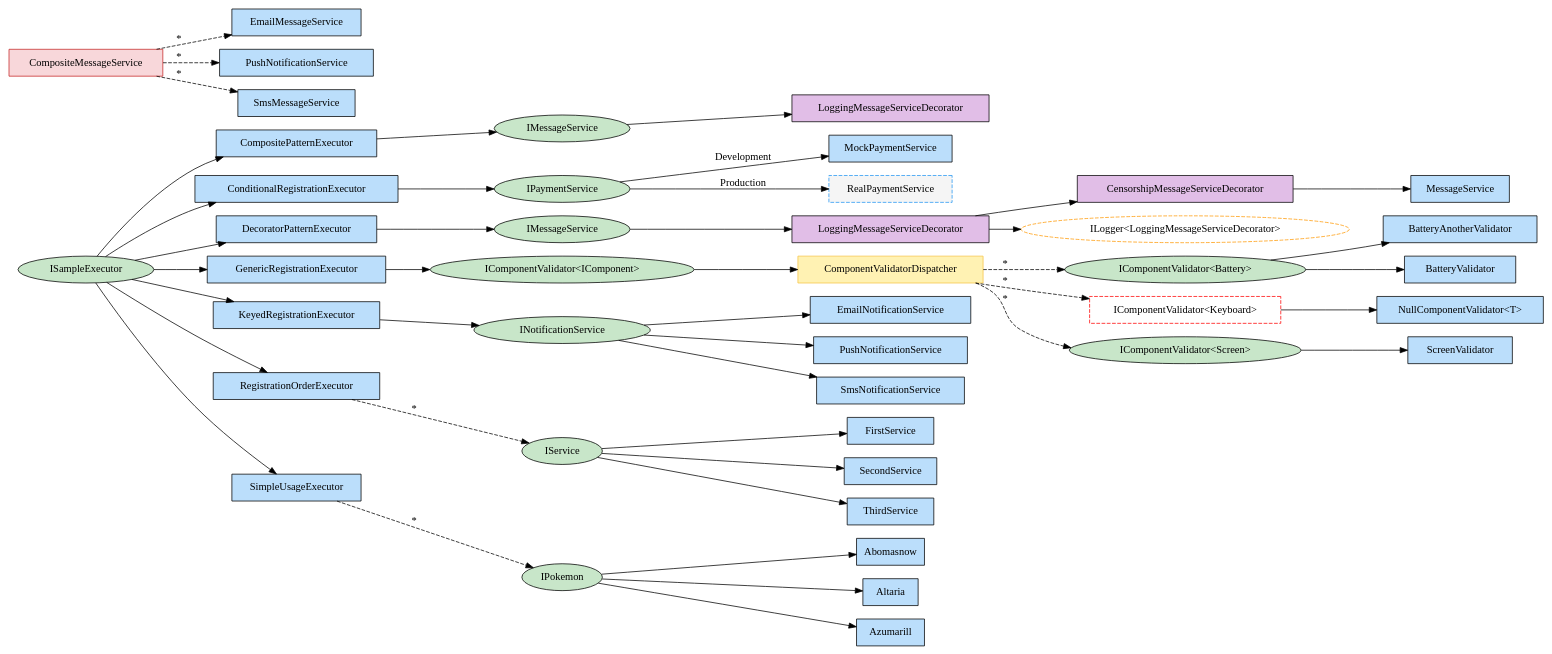
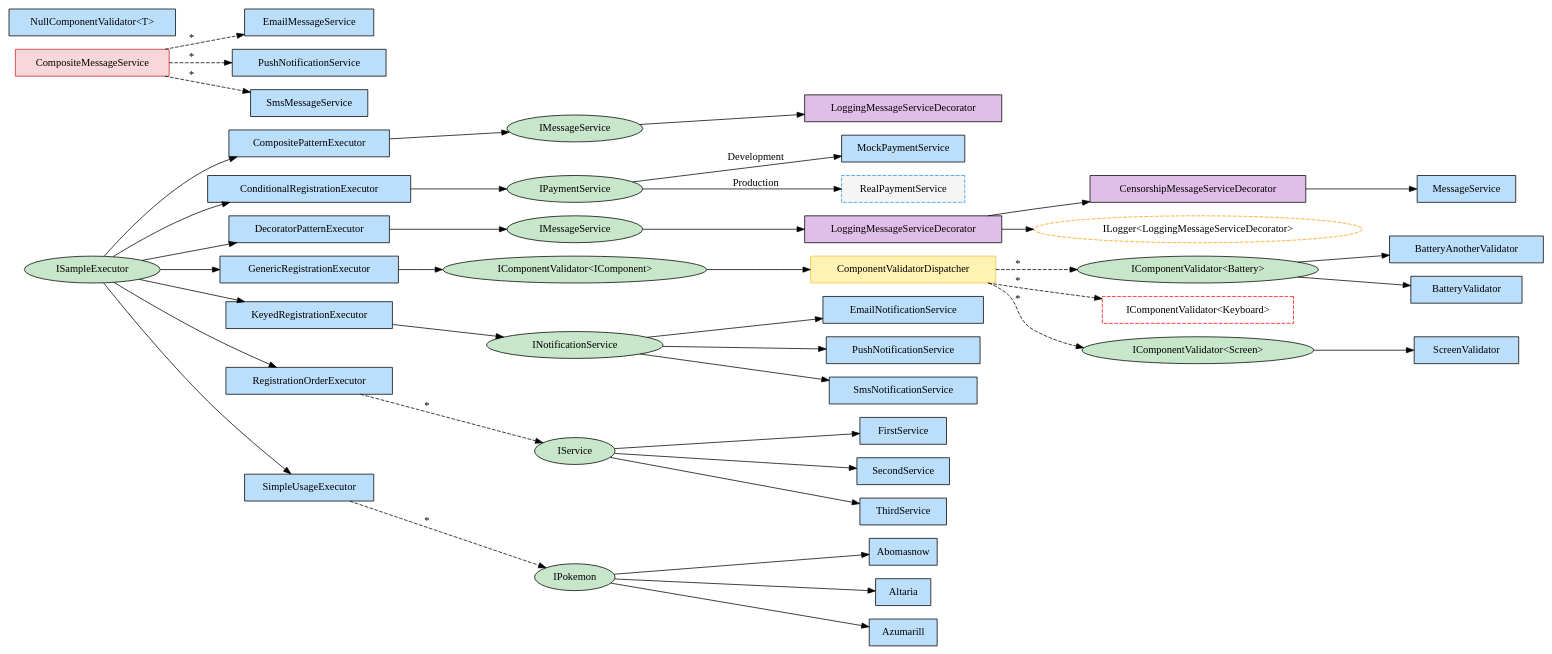
One commit to arika0093/Qudi changed the diagram in examples/Qudi.Example.Readme/exported/all.dot. Above: the diagram before and after it, drawn with Graphviz. The commit also changed 3 other files, not shown here.

```diff
--- a/examples/Qudi.Example.Readme/exported/all.dot
+++ b/examples/Qudi.Example.Readme/exported/all.dot
@@ -1,88 +1,87 @@
 digraph Qudi {
   rankdir=LR;
 node [shape=box, fontname="Consolas"];
   "Qudi.Examples.SimpleUsage.Abomasnow" [label="Abomasnow", shape=box, style=filled, fillcolor="#bbdefb"];
   "Qudi.Examples.SimpleUsage.Altaria" [label="Altaria", shape=box, style=filled, fillcolor="#bbdefb"];
   "Qudi.Examples.SimpleUsage.Azumarill" [label="Azumarill", shape=box, style=filled, fillcolor="#bbdefb"];
   "Qudi.Examples.GenericRegistration.BatteryAnotherValidator" [label="BatteryAnotherValidator", shape=box, style=filled, fillcolor="#bbdefb"];
   "Qudi.Examples.GenericRegistration.BatteryValidator" [label="BatteryValidator", shape=box, style=filled, fillcolor="#bbdefb"];
   "Qudi.Examples.DecoratorPattern.CensorshipMessageServiceDecorator" [label="CensorshipMessageServiceDecorator", shape=box, style=filled, fillcolor="#e1bee7"];
   "Qudi.Examples.GenericRegistration.ComponentValidatorDispatcher" [label="ComponentValidatorDispatcher", shape=box, style=filled, fillcolor="#fff2b3", color="#f6c445"];
   "Qudi.Examples.CompositePattern.CompositeMessageService" [label="CompositeMessageService", shape=box, style=filled, fillcolor="#f8d7da", color="#c62828"];
   "Qudi.Examples.CompositePattern.CompositePatternExecutor" [label="CompositePatternExecutor", shape=box, style=filled, fillcolor="#bbdefb"];
   "Qudi.Examples.ConditionalRegistration.ConditionalRegistrationExecutor" [label="ConditionalRegistrationExecutor", shape=box, style=filled, fillcolor="#bbdefb"];
   "Qudi.Examples.DecoratorPattern.DecoratorPatternExecutor" [label="DecoratorPatternExecutor", shape=box, style=filled, fillcolor="#bbdefb"];
   "Qudi.Examples.CompositePattern.EmailMessageService" [label="EmailMessageService", shape=box, style=filled, fillcolor="#bbdefb"];
   "Qudi.Examples.KeyedRegistration.EmailNotificationService" [label="EmailNotificationService", shape=box, style=filled, fillcolor="#bbdefb"];
   "Qudi.Examples.RegistrationOrder.FirstService" [label="FirstService", shape=box, style=filled, fillcolor="#bbdefb"];
   "Qudi.Examples.GenericRegistration.GenericRegistrationExecutor" [label="GenericRegistrationExecutor", shape=box, style=filled, fillcolor="#bbdefb"];
   "Qudi.Examples.GenericRegistration.IComponentValidator<Qudi.Examples.GenericRegistration.Battery>" [label="IComponentValidator<Battery>", shape=ellipse, style=filled, fillcolor="#c8e6c9"];
   "Qudi.Examples.GenericRegistration.IComponentValidator<Qudi.Examples.GenericRegistration.IComponent>" [label="IComponentValidator<IComponent>", shape=ellipse, style=filled, fillcolor="#c8e6c9"];
   "Qudi.Examples.GenericRegistration.IComponentValidator<Qudi.Examples.GenericRegistration.Keyboard>" [label="IComponentValidator<Keyboard>", shape=box, style=dashed, color=red];
   "Qudi.Examples.GenericRegistration.IComponentValidator<Qudi.Examples.GenericRegistration.Screen>" [label="IComponentValidator<Screen>", shape=ellipse, style=filled, fillcolor="#c8e6c9"];
   "Microsoft.Extensions.Logging.ILogger<Qudi.Examples.DecoratorPattern.LoggingMessageServiceDecorator>" [label="ILogger<LoggingMessageServiceDecorator>", shape=ellipse, style=dashed, fillcolor="#ffe0b2", color="#ff9800"];
   "Qudi.Examples.CompositePattern.IMessageService" [label="IMessageService", shape=ellipse, style=filled, fillcolor="#c8e6c9"];
   "Qudi.Examples.DecoratorPattern.IMessageService" [label="IMessageService", shape=ellipse, style=filled, fillcolor="#c8e6c9"];
   "Qudi.Examples.KeyedRegistration.INotificationService" [label="INotificationService", shape=ellipse, style=filled, fillcolor="#c8e6c9"];
   "Qudi.Examples.ConditionalRegistration.IPaymentService" [label="IPaymentService", shape=ellipse, style=filled, fillcolor="#c8e6c9"];
   "Qudi.Examples.SimpleUsage.IPokemon" [label="IPokemon", shape=ellipse, style=filled, fillcolor="#c8e6c9"];
   "Qudi.Examples.ISampleExecutor" [label="ISampleExecutor", shape=ellipse, style=filled, fillcolor="#c8e6c9"];
   "Qudi.Examples.RegistrationOrder.IService" [label="IService", shape=ellipse, style=filled, fillcolor="#c8e6c9"];
   "Qudi.Examples.KeyedRegistration.KeyedRegistrationExecutor" [label="KeyedRegistrationExecutor", shape=box, style=filled, fillcolor="#bbdefb"];
   "Qudi.Examples.CompositePattern.LoggingMessageServiceDecorator" [label="LoggingMessageServiceDecorator", shape=box, style=filled, fillcolor="#e1bee7"];
   "Qudi.Examples.DecoratorPattern.LoggingMessageServiceDecorator" [label="LoggingMessageServiceDecorator", shape=box, style=filled, fillcolor="#e1bee7"];
   "Qudi.Examples.DecoratorPattern.MessageService" [label="MessageService", shape=box, style=filled, fillcolor="#bbdefb"];
   "Qudi.Examples.ConditionalRegistration.MockPaymentService" [label="MockPaymentService", shape=box, style=filled, fillcolor="#bbdefb"];
   "Qudi.Examples.GenericRegistration.NullComponentValidator<T>" [label="NullComponentValidator<T>", shape=box, style=filled, fillcolor="#bbdefb"];
   "Qudi.Examples.CompositePattern.PushNotificationService" [label="PushNotificationService", shape=box, style=filled, fillcolor="#bbdefb"];
   "Qudi.Examples.KeyedRegistration.PushNotificationService" [label="PushNotificationService", shape=box, style=filled, fillcolor="#bbdefb"];
   "Qudi.Examples.ConditionalRegistration.RealPaymentService" [label="RealPaymentService", shape=box, style="filled,dashed", fillcolor="#f5f5f5", color="#2196f3"];
   "Qudi.Examples.RegistrationOrder.RegistrationOrderExecutor" [label="RegistrationOrderExecutor", shape=box, style=filled, fillcolor="#bbdefb"];
   "Qudi.Examples.GenericRegistration.ScreenValidator" [label="ScreenValidator", shape=box, style=filled, fillcolor="#bbdefb"];
   "Qudi.Examples.RegistrationOrder.SecondService" [label="SecondService", shape=box, style=filled, fillcolor="#bbdefb"];
   "Qudi.Examples.SimpleUsage.SimpleUsageExecutor" [label="SimpleUsageExecutor", shape=box, style=filled, fillcolor="#bbdefb"];
   "Qudi.Examples.CompositePattern.SmsMessageService" [label="SmsMessageService", shape=box, style=filled, fillcolor="#bbdefb"];
   "Qudi.Examples.KeyedRegistration.SmsNotificationService" [label="SmsNotificationService", shape=box, style=filled, fillcolor="#bbdefb"];
   "Qudi.Examples.RegistrationOrder.ThirdService" [label="ThirdService", shape=box, style=filled, fillcolor="#bbdefb"];
   "Qudi.Examples.SimpleUsage.IPokemon" -> "Qudi.Examples.SimpleUsage.Altaria";
   "Qudi.Examples.ISampleExecutor" -> "Qudi.Examples.CompositePattern.CompositePatternExecutor";
   "Qudi.Examples.CompositePattern.CompositePatternExecutor" -> "Qudi.Examples.CompositePattern.IMessageService";
   "Qudi.Examples.ConditionalRegistration.IPaymentService" -> "Qudi.Examples.ConditionalRegistration.MockPaymentService" [label="Development"];
   "Qudi.Examples.ConditionalRegistration.IPaymentService" -> "Qudi.Examples.ConditionalRegistration.RealPaymentService" [label="Production"];
   "Qudi.Examples.ISampleExecutor" -> "Qudi.Examples.ConditionalRegistration.ConditionalRegistrationExecutor";
   "Qudi.Examples.ConditionalRegistration.ConditionalRegistrationExecutor" -> "Qudi.Examples.ConditionalRegistration.IPaymentService";
   "Qudi.Examples.ISampleExecutor" -> "Qudi.Examples.DecoratorPattern.DecoratorPatternExecutor";
   "Qudi.Examples.DecoratorPattern.DecoratorPatternExecutor" -> "Qudi.Examples.DecoratorPattern.IMessageService";
   "Qudi.Examples.GenericRegistration.IComponentValidator<Qudi.Examples.GenericRegistration.Battery>" -> "Qudi.Examples.GenericRegistration.BatteryValidator";
   "Qudi.Examples.GenericRegistration.IComponentValidator<Qudi.Examples.GenericRegistration.Battery>" -> "Qudi.Examples.GenericRegistration.BatteryAnotherValidator";
   "Qudi.Examples.GenericRegistration.IComponentValidator<Qudi.Examples.GenericRegistration.Screen>" -> "Qudi.Examples.GenericRegistration.ScreenValidator";
   "Qudi.Examples.ISampleExecutor" -> "Qudi.Examples.GenericRegistration.GenericRegistrationExecutor";
   "Qudi.Examples.GenericRegistration.GenericRegistrationExecutor" -> "Qudi.Examples.GenericRegistration.IComponentValidator<Qudi.Examples.GenericRegistration.IComponent>";
   "Qudi.Examples.KeyedRegistration.INotificationService" -> "Qudi.Examples.KeyedRegistration.EmailNotificationService";
   "Qudi.Examples.KeyedRegistration.INotificationService" -> "Qudi.Examples.KeyedRegistration.SmsNotificationService";
   "Qudi.Examples.KeyedRegistration.INotificationService" -> "Qudi.Examples.KeyedRegistration.PushNotificationService";
   "Qudi.Examples.ISampleExecutor" -> "Qudi.Examples.KeyedRegistration.KeyedRegistrationExecutor";
   "Qudi.Examples.KeyedRegistration.KeyedRegistrationExecutor" -> "Qudi.Examples.KeyedRegistration.INotificationService";
   "Qudi.Examples.RegistrationOrder.IService" -> "Qudi.Examples.RegistrationOrder.FirstService";
   "Qudi.Examples.RegistrationOrder.IService" -> "Qudi.Examples.RegistrationOrder.SecondService";
   "Qudi.Examples.RegistrationOrder.IService" -> "Qudi.Examples.RegistrationOrder.ThirdService";
   "Qudi.Examples.ISampleExecutor" -> "Qudi.Examples.RegistrationOrder.RegistrationOrderExecutor";
   "Qudi.Examples.RegistrationOrder.RegistrationOrderExecutor" -> "Qudi.Examples.RegistrationOrder.IService" [label="*", style=dashed];
   "Qudi.Examples.SimpleUsage.IPokemon" -> "Qudi.Examples.SimpleUsage.Abomasnow";
   "Qudi.Examples.ISampleExecutor" -> "Qudi.Examples.SimpleUsage.SimpleUsageExecutor";
   "Qudi.Examples.SimpleUsage.SimpleUsageExecutor" -> "Qudi.Examples.SimpleUsage.IPokemon" [label="*", style=dashed];
   "Qudi.Examples.SimpleUsage.IPokemon" -> "Qudi.Examples.SimpleUsage.Azumarill";
   "Qudi.Examples.CompositePattern.IMessageService" -> "Qudi.Examples.CompositePattern.LoggingMessageServiceDecorator";
   "Qudi.Examples.DecoratorPattern.IMessageService" -> "Qudi.Examples.DecoratorPattern.LoggingMessageServiceDecorator";
   "Qudi.Examples.DecoratorPattern.LoggingMessageServiceDecorator" -> "Qudi.Examples.DecoratorPattern.CensorshipMessageServiceDecorator";
   "Qudi.Examples.DecoratorPattern.LoggingMessageServiceDecorator" -> "Microsoft.Extensions.Logging.ILogger<Qudi.Examples.DecoratorPattern.LoggingMessageServiceDecorator>";
   "Qudi.Examples.DecoratorPattern.CensorshipMessageServiceDecorator" -> "Qudi.Examples.DecoratorPattern.MessageService";
   "Qudi.Examples.CompositePattern.CompositeMessageService" -> "Qudi.Examples.CompositePattern.EmailMessageService" [label="*", style=dashed];
   "Qudi.Examples.CompositePattern.CompositeMessageService" -> "Qudi.Examples.CompositePattern.SmsMessageService" [label="*", style=dashed];
   "Qudi.Examples.CompositePattern.CompositeMessageService" -> "Qudi.Examples.CompositePattern.PushNotificationService" [label="*", style=dashed];
   "Qudi.Examples.GenericRegistration.IComponentValidator<Qudi.Examples.GenericRegistration.IComponent>" -> "Qudi.Examples.GenericRegistration.ComponentValidatorDispatcher";
   "Qudi.Examples.GenericRegistration.ComponentValidatorDispatcher" -> "Qudi.Examples.GenericRegistration.IComponentValidator<Qudi.Examples.GenericRegistration.Battery>" [label="*", style=dashed];
   "Qudi.Examples.GenericRegistration.ComponentValidatorDispatcher" -> "Qudi.Examples.GenericRegistration.IComponentValidator<Qudi.Examples.GenericRegistration.Screen>" [label="*", style=dashed];
   "Qudi.Examples.GenericRegistration.ComponentValidatorDispatcher" -> "Qudi.Examples.GenericRegistration.IComponentValidator<Qudi.Examples.GenericRegistration.Keyboard>" [label="*", style=dashed];
-  "Qudi.Examples.GenericRegistration.IComponentValidator<Qudi.Examples.GenericRegistration.Keyboard>" -> "Qudi.Examples.GenericRegistration.NullComponentValidator<T>";
 }
```
